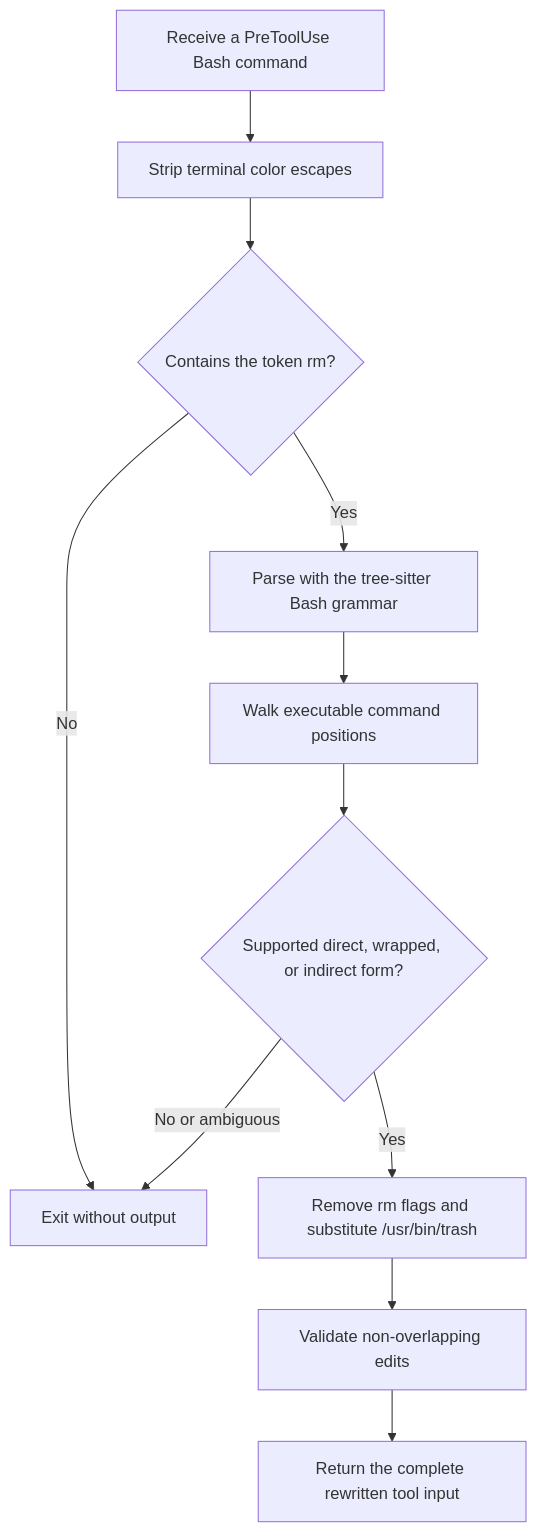
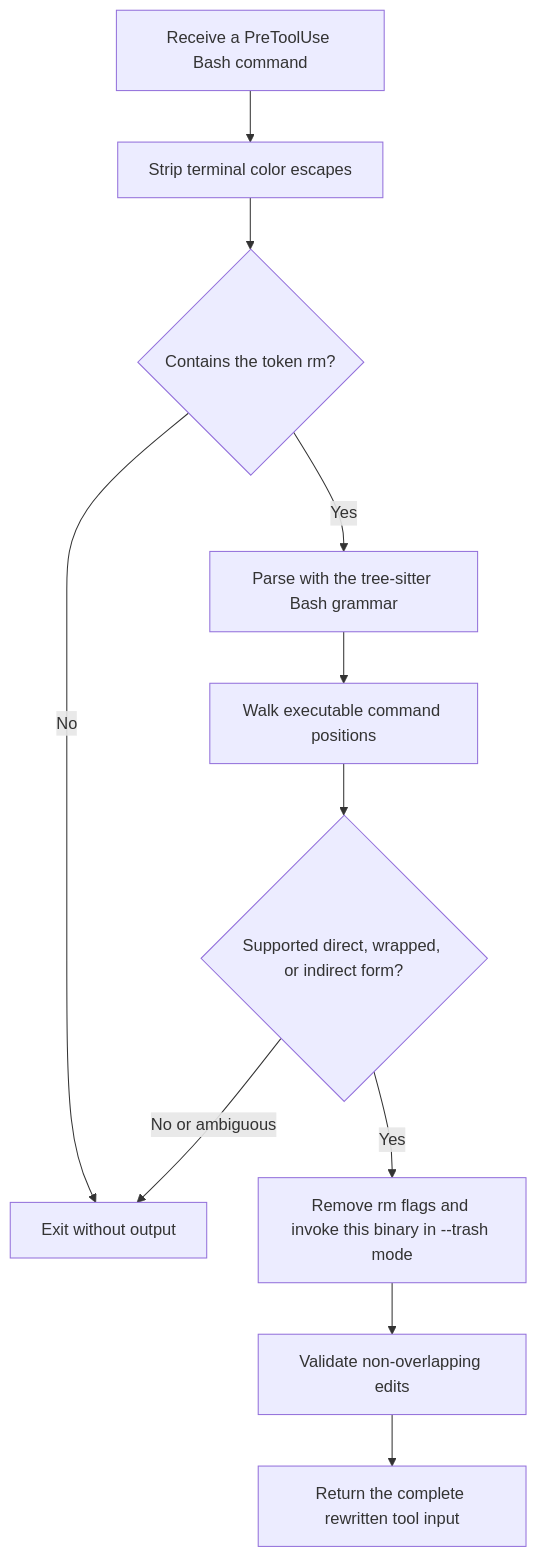
Before and after one commit to ShlomoStept/rm-to-trash-hook: the diagram in docs/rewrite-contract.md, drawn with Mermaid. The commit also changed other lines of this file and 17 other files, not shown here.

````diff
--- a/docs/rewrite-contract.md
+++ b/docs/rewrite-contract.md
@@ -8,13 +8,13 @@
 ```mermaid
 flowchart TD
     A["Receive a PreToolUse Bash command"] --> B["Strip terminal color escapes"]
     B --> C{"Contains the token rm?"}
     C -->|"No"| D["Exit without output"]
     C -->|"Yes"| E["Parse with the tree-sitter Bash grammar"]
     E --> F["Walk executable command positions"]
     F --> G{"Supported direct, wrapped, or indirect form?"}
     G -->|"No or ambiguous"| D
-    G -->|"Yes"| H["Remove rm flags and substitute /usr/bin/trash"]
+    G -->|"Yes"| H["Remove rm flags and invoke this binary in --trash mode"]
     H --> I["Validate non-overlapping edits"]
     I --> J["Return the complete rewritten tool input"]
 ```
````
